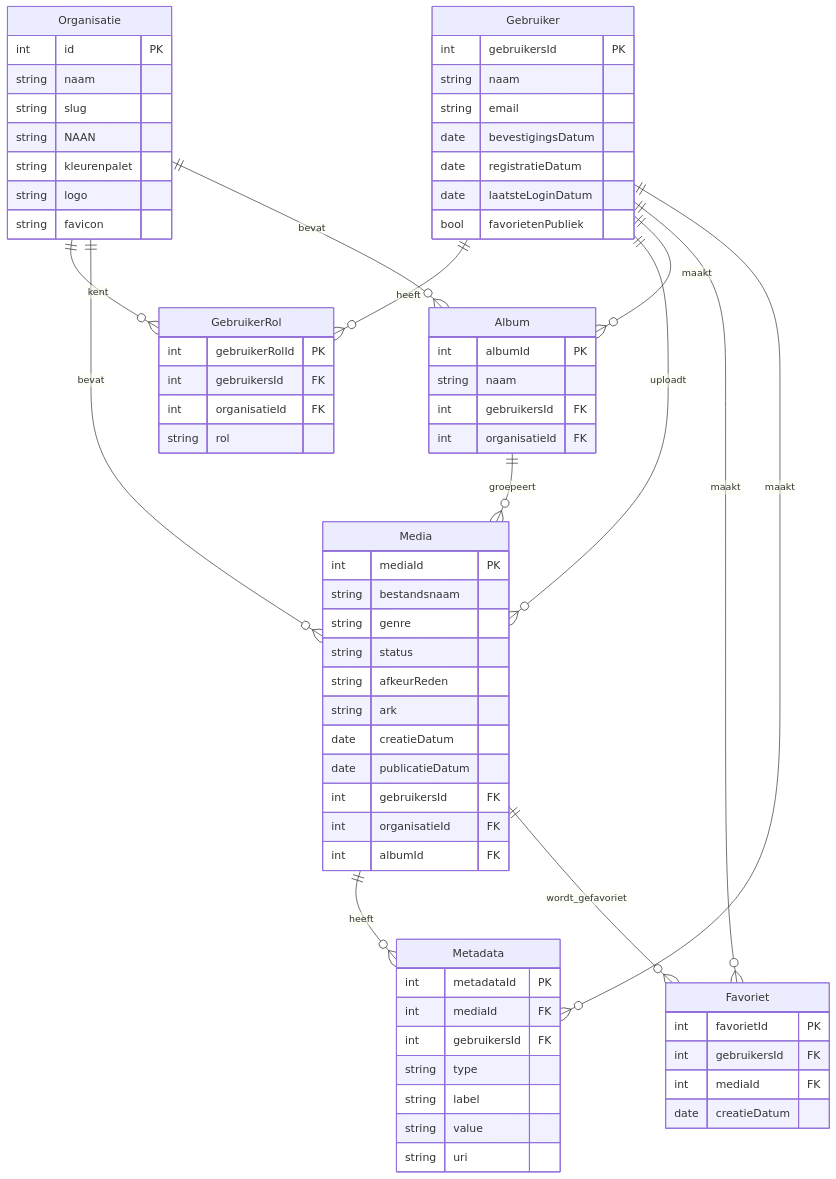
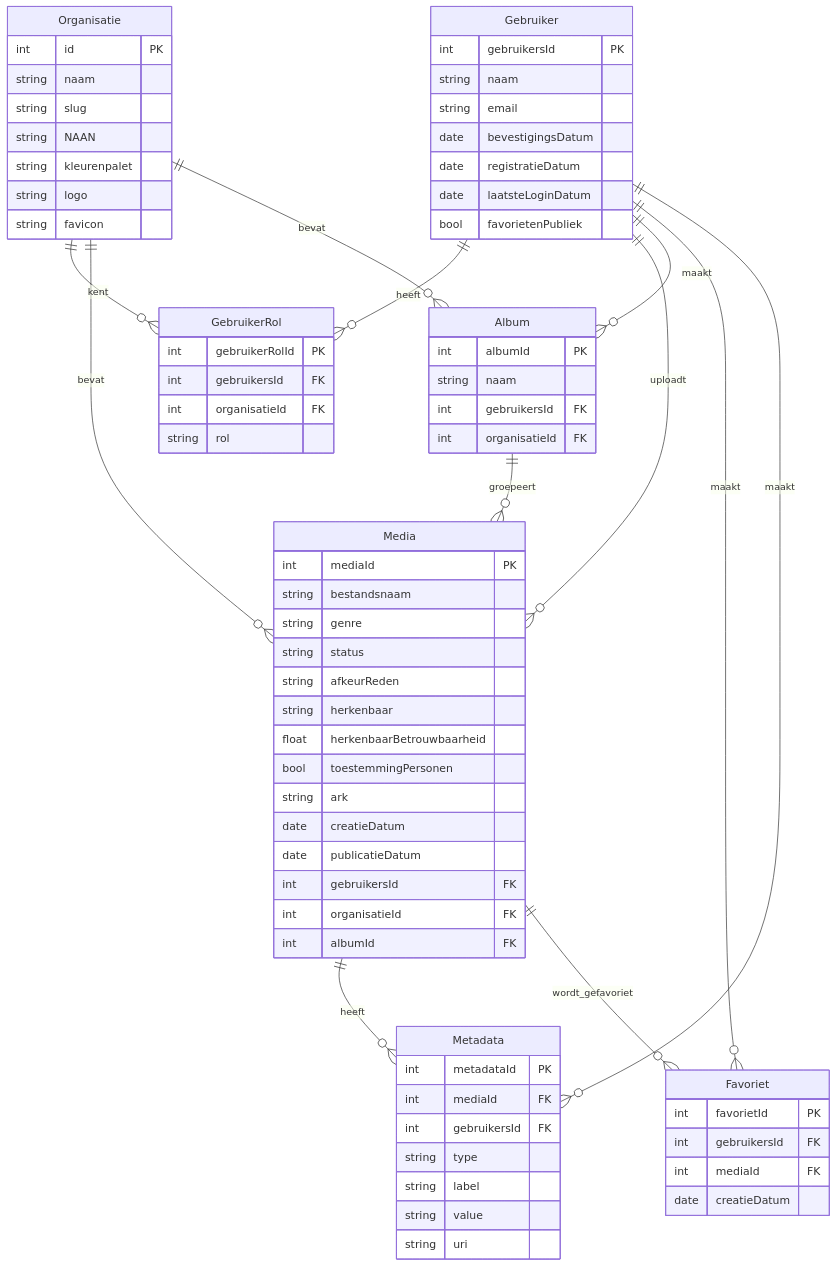
The diagram in erd.mermaid.md (inside-out-time-machines/design), drawn with Mermaid before and after one commit. The commit also changed 8 other files, not shown here.

First line of the commit message:
Herkenbaar API opgenomen in het ontwerp en architectuurdiagrammen geactualiseerd

```diff
--- a/erd.mermaid.md
+++ b/erd.mermaid.md
@@ -36,6 +36,9 @@
     string genre
     string status
     string afkeurReden
+    string herkenbaar
+    float herkenbaarBetrouwbaarheid
+    bool toestemmingPersonen
     string ark
     date creatieDatum
     date publicatieDatum
@@ -72,6 +75,9 @@
   %% de rol platformbeheerder heeft geen organisatieId. Lidmaatschap van een organisatie
   %% volgt uit de GebruikerRol-rijen.
   %% Media.status: nieuw / goedgekeurd / afgekeurd; afkeurReden alleen bij afgekeurd.
+  %% Media.herkenbaar (ja/nee) + herkenbaarBetrouwbaarheid: resultaat van de Herkenbaar API
+  %% bij upload (paradata, geen gebruikersmetadata); toestemmingPersonen: verklaring van de
+  %% uploader dat toestemming van herkenbare personen is geregeld.
   %% Organisatie.NAAN en Media.ark zijn gereserveerd voor de ARK-fase (uitgesteld,
   %% zie keuze-oplossingsrichting).
   %% Locatie- en tijdlijngegevens (adres, openings-/sluitingsjaar, geo-WKT, archiefbron)
```
